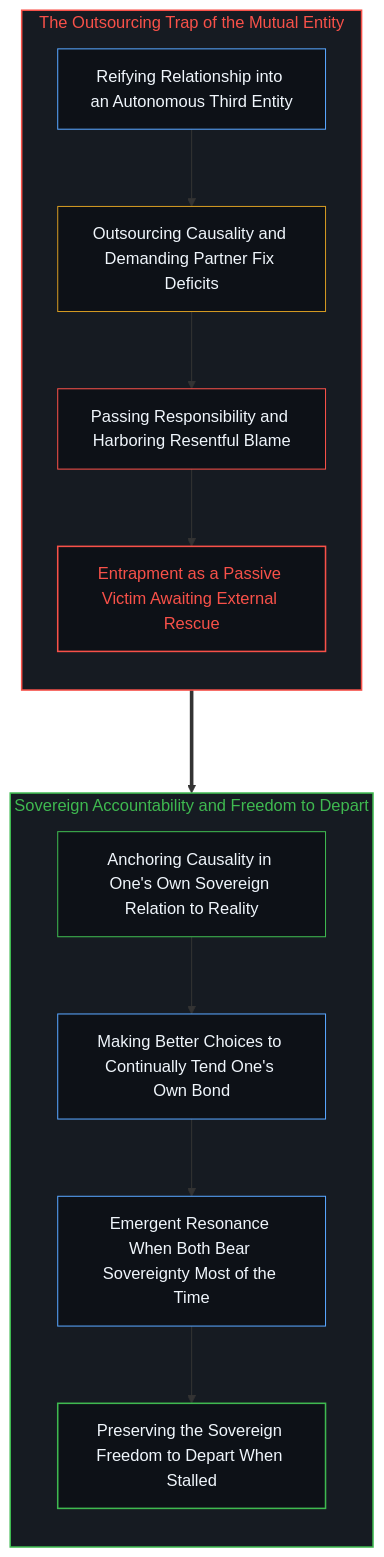
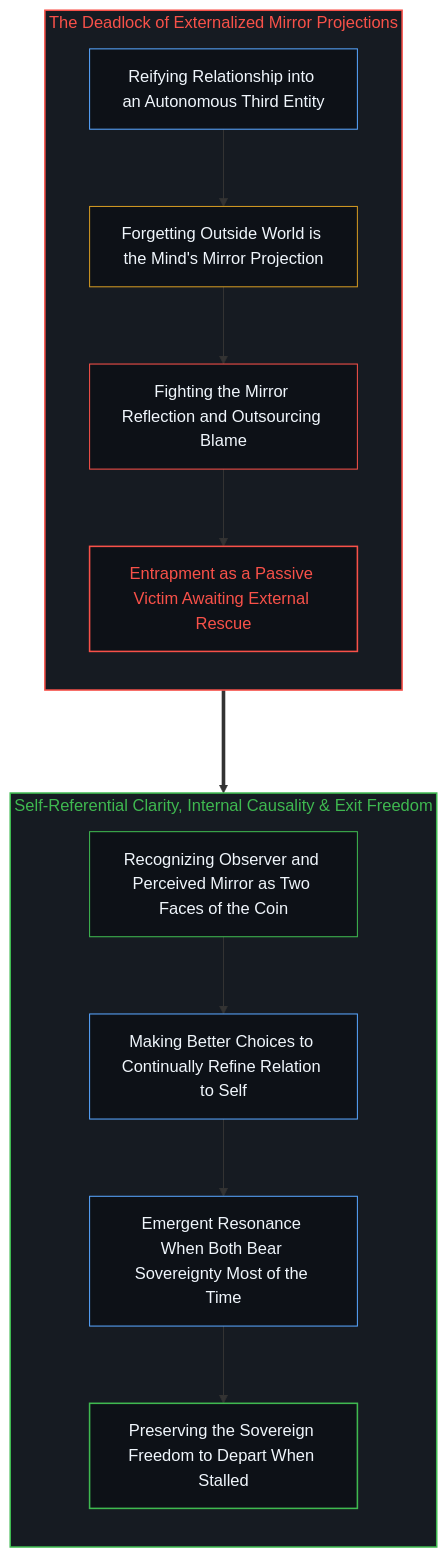
One commit to powerpig99/not-a-toe changed the tenth of 10 diagrams in content/posts/the-causal-inversion-of-partnership.md. Above: the diagram before and after it, drawn with Mermaid. The commit also changed other lines of this file and 3 other files, not shown here.

Commit message:
Deepen Post #335: All relationships as the mind's relation to itself and the mirror coin closure

````diff
--- a/content/posts/the-causal-inversion-of-partnership.md
+++ b/content/posts/the-causal-inversion-of-partnership.md
@@ -337,29 +341,29 @@
 ```mermaid
 graph TD
-    subgraph S_OutsourceTrap_EN ["The Outsourcing Trap of the Mutual Entity"]
+    subgraph S_MirrorOutsource_EN ["The Deadlock of Externalized Mirror Projections"]
         direction TB
-        OE_Reify["Reifying Relationship into an Autonomous Third Entity"] --> OE_Outsource["Outsourcing Causality and Demanding Partner Fix Deficits"]
-        OE_Outsource --> OE_Blame["Passing Responsibility and Harboring Resentful Blame"]
+        OE_Reify["Reifying Relationship into an Autonomous Third Entity"] --> OE_Projection["Forgetting Outside World is the Mind's Mirror Projection"]
+        OE_Projection --> OE_Blame["Fighting the Mirror Reflection and Outsourcing Blame"]
         OE_Blame --> OE_Victim["Entrapment as a Passive Victim Awaiting External Rescue"]
     end
 
-    subgraph S_SovereignFreedom_EN ["Sovereign Accountability and Freedom to Depart"]
+    subgraph S_SelfReferential_EN ["Self-Referential Clarity, Internal Causality & Exit Freedom"]
         direction TB
-        SE_Anchor["Anchoring Causality in One's Own Sovereign Relation to Reality"] --> SE_Action["Making Better Choices to Continually Tend One's Own Bond"]
+        SE_Coin["Recognizing Observer and Perceived Mirror as Two Faces of the Coin"] --> SE_Action["Making Better Choices to Continually Refine Relation to Self"]
         SE_Action --> SE_Emergence["Emergent Resonance When Both Bear Sovereignty Most of the Time"]
         SE_Emergence --> SE_Freedom["Preserving the Sovereign Freedom to Depart When Stalled"]
     end
 
-    OE_Victim ===> SE_Anchor
+    OE_Victim ===> SE_Coin
 
-    style S_OutsourceTrap_EN fill:#161b22,stroke:#f85149,stroke-width:1.5px,color:#f85149
-    style S_SovereignFreedom_EN fill:#161b22,stroke:#3fb950,stroke-width:1.5px,color:#3fb950
+    style S_MirrorOutsource_EN fill:#161b22,stroke:#f85149,stroke-width:1.5px,color:#f85149
+    style S_SelfReferential_EN fill:#161b22,stroke:#3fb950,stroke-width:1.5px,color:#3fb950
     style OE_Reify fill:#0d1117,stroke:#58a6ff,stroke-width:1px,color:#f0f6fc
-    style OE_Outsource fill:#0d1117,stroke:#d29922,stroke-width:1px,color:#f0f6fc
+    style OE_Projection fill:#0d1117,stroke:#d29922,stroke-width:1px,color:#f0f6fc
     style OE_Blame fill:#0d1117,stroke:#f85149,stroke-width:1px,color:#f0f6fc
     style OE_Victim fill:#0d1117,stroke:#f85149,stroke-width:1.5px,color:#f85149
-    style SE_Anchor fill:#0d1117,stroke:#3fb950,stroke-width:1px,color:#f0f6fc
+    style SE_Coin fill:#0d1117,stroke:#3fb950,stroke-width:1px,color:#f0f6fc
     style SE_Action fill:#0d1117,stroke:#58a6ff,stroke-width:1px,color:#f0f6fc
     style SE_Emergence fill:#0d1117,stroke:#58a6ff,stroke-width:1px,color:#f0f6fc
     style SE_Freedom fill:#0d1117,stroke:#3fb950,stroke-width:1.5px,color:#f0f6fc
 ```
````
